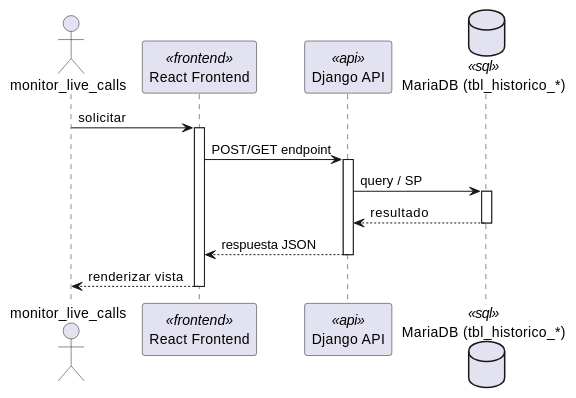
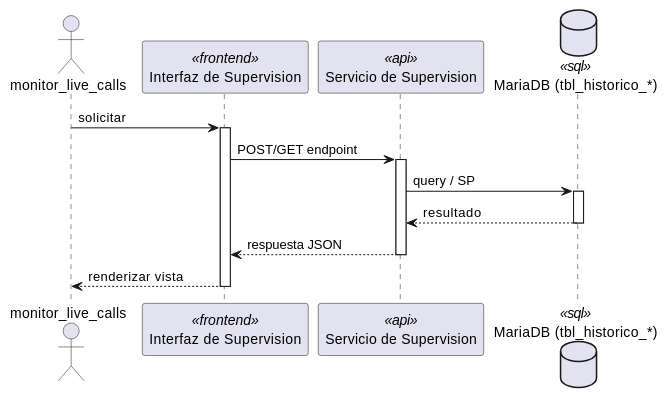
The first of 2 diagrams in source/arquitectura-tecnica/DesignView/sup-01.rst (jcg-admin/IACT-docs), drawn with PlantUML before and after one commit. The commit also changed other lines of this file and 243 other files, not shown here.

First line of the commit message:
Add missing diagrams and fix participant names across Kruchten views

```diff
--- a/source/arquitectura-tecnica/DesignView/sup-01.rst
+++ b/source/arquitectura-tecnica/DesignView/sup-01.rst
@@ -22,28 +22,28 @@
 .. uml::
  :caption: UC_SUP_01 — Design View (secuencia)
 
  @startuml
 
  actor "monitor_live_calls" as monitor_live_calls
- participant "React Frontend" as Frontend <<frontend>>
- participant "Django API" as APIServer <<api>>
- database "MariaDB (tbl_historico_*)" as BaseDatos <<sql>>
+ participant "Interfaz de Supervision" as Iface <<frontend>>
+ participant "Servicio de Supervision" as SvcNode <<api>>
+ database "MariaDB (tbl_historico_*)" as Store <<sql>>
 
- monitor_live_calls -> Frontend : solicitar
- activate Frontend
+ monitor_live_calls -> Iface : solicitar
+ activate Iface
 
- Frontend -> APIServer : POST/GET endpoint
- activate APIServer
+ Iface -> SvcNode : POST/GET endpoint
+ activate SvcNode
 
- APIServer -> BaseDatos : query / SP
- activate BaseDatos
- BaseDatos --> APIServer : resultado
- deactivate BaseDatos
+ SvcNode -> Store : query / SP
+ activate Store
+ Store --> SvcNode : resultado
+ deactivate Store
 
- APIServer --> Frontend : respuesta JSON
- deactivate APIServer
+ SvcNode --> Iface : respuesta JSON
+ deactivate SvcNode
 
- Frontend --> monitor_live_calls : renderizar vista
- deactivate Frontend
+ Iface --> monitor_live_calls : renderizar vista
+ deactivate Iface
 
  @enduml
```
